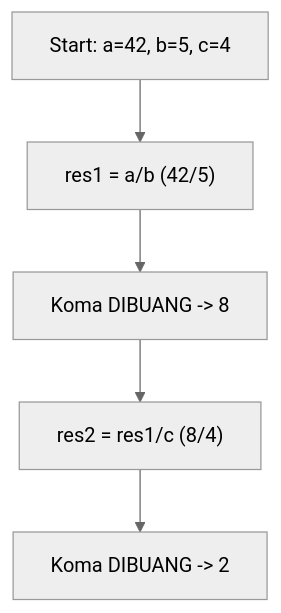
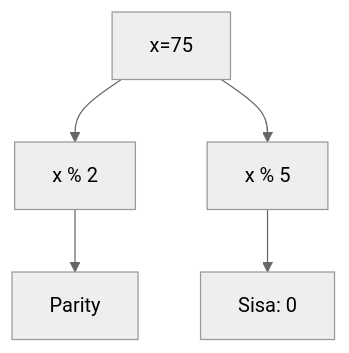
The fifth of 25 diagrams in part-c-pemahaman-cpp/01-tipe-data/latihan/set-12.md (amnahwaida/OSNK_INF_PREP), drawn with Mermaid (neutral theme) before and after one commit. The commit also changed other lines of this file and 71 other files, not shown here.

````diff
--- a/part-c-pemahaman-cpp/01-tipe-data/latihan/set-12.md
+++ b/part-c-pemahaman-cpp/01-tipe-data/latihan/set-12.md
@@ -26,7 +145,7 @@
 ```mermaid
 graph TD
-    A[Start: a=42, b=5, c=4] --> B["res1 = a/b (42/5)"]
-    B --> C["Koma DIBUANG -> 8"]
-    C --> D["res2 = res1/c (8/4)"]
-    D --> E["Koma DIBUANG -> 2"]
+A[x=75] --> B[x % 2]
+B --> C[Parity]
+A --> D[x % 5]
+D --> E[Sisa: 0]
 ```
````
